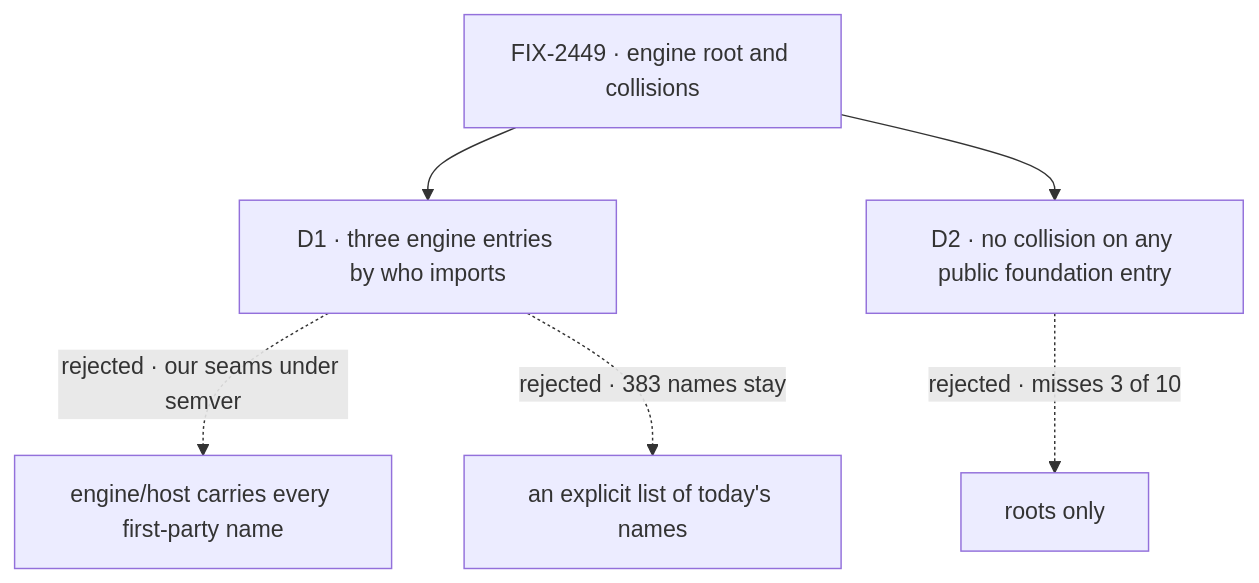
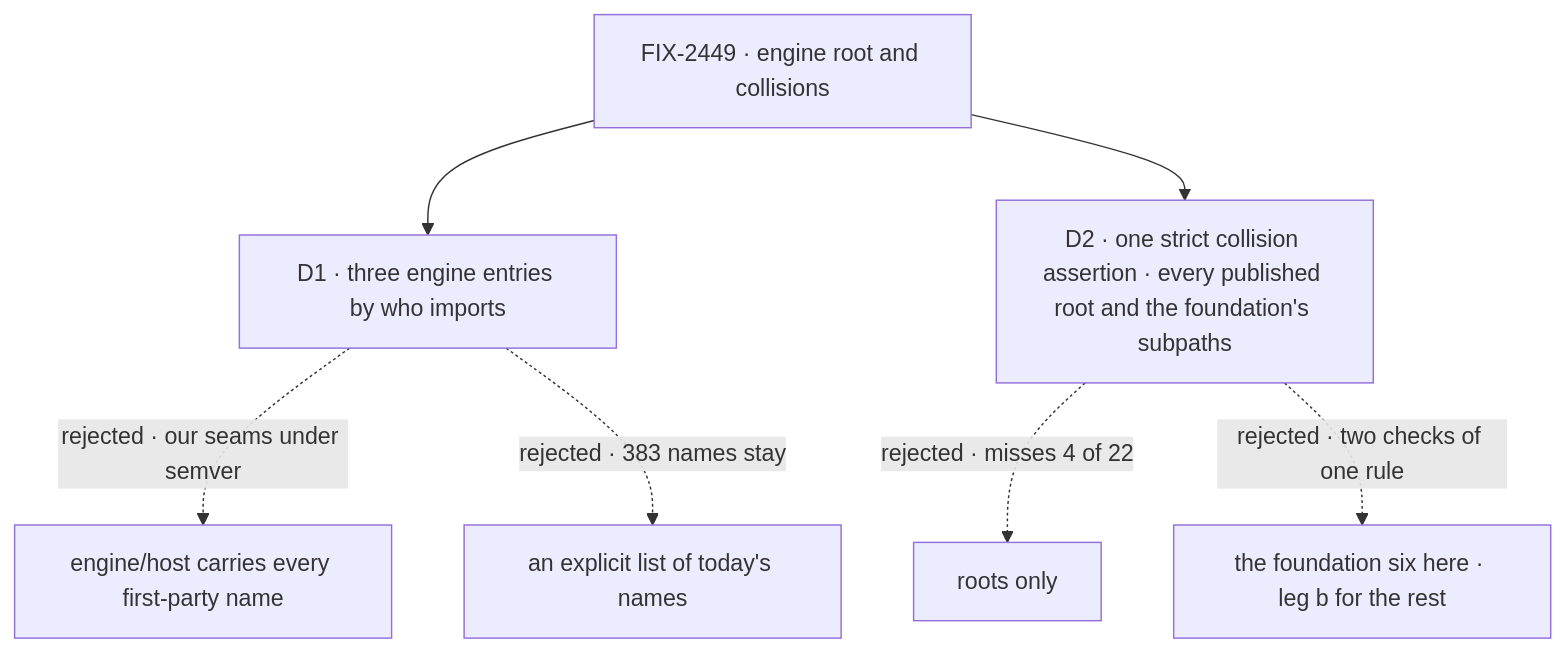
The diagram in specs/issues/FIX-2449/DECISIONS.md (fixpoint-labs/flow-state-dev), drawn with Mermaid before and after one commit. The commit also changed other lines of this file and 11 other files, not shown here.

````diff
--- a/specs/issues/FIX-2449/DECISIONS.md
+++ b/specs/issues/FIX-2449/DECISIONS.md
@@ -7,8 +7,9 @@
 ```mermaid
 flowchart TD
   I["FIX-2449 · engine root and collisions"] --> D1["D1 · three engine entries by who imports"]
   D1 -.->|"rejected · our seams under semver"| X1["engine/host carries every first-party name"]
   D1 -.->|"rejected · 383 names stay"| X0["an explicit list of today's names"]
-  I --> D2["D2 · no collision on any public foundation entry"]
-  D2 -.->|"rejected · misses 3 of 10"| X2["roots only"]
+  I --> D2["D2 · one strict collision assertion · every published root and the foundation's subpaths"]
+  D2 -.->|"rejected · misses 4 of 22"| X2["roots only"]
+  D2 -.->|"rejected · two checks of one rule"| X3["the foundation six here · leg b for the rest"]
 ```
````
